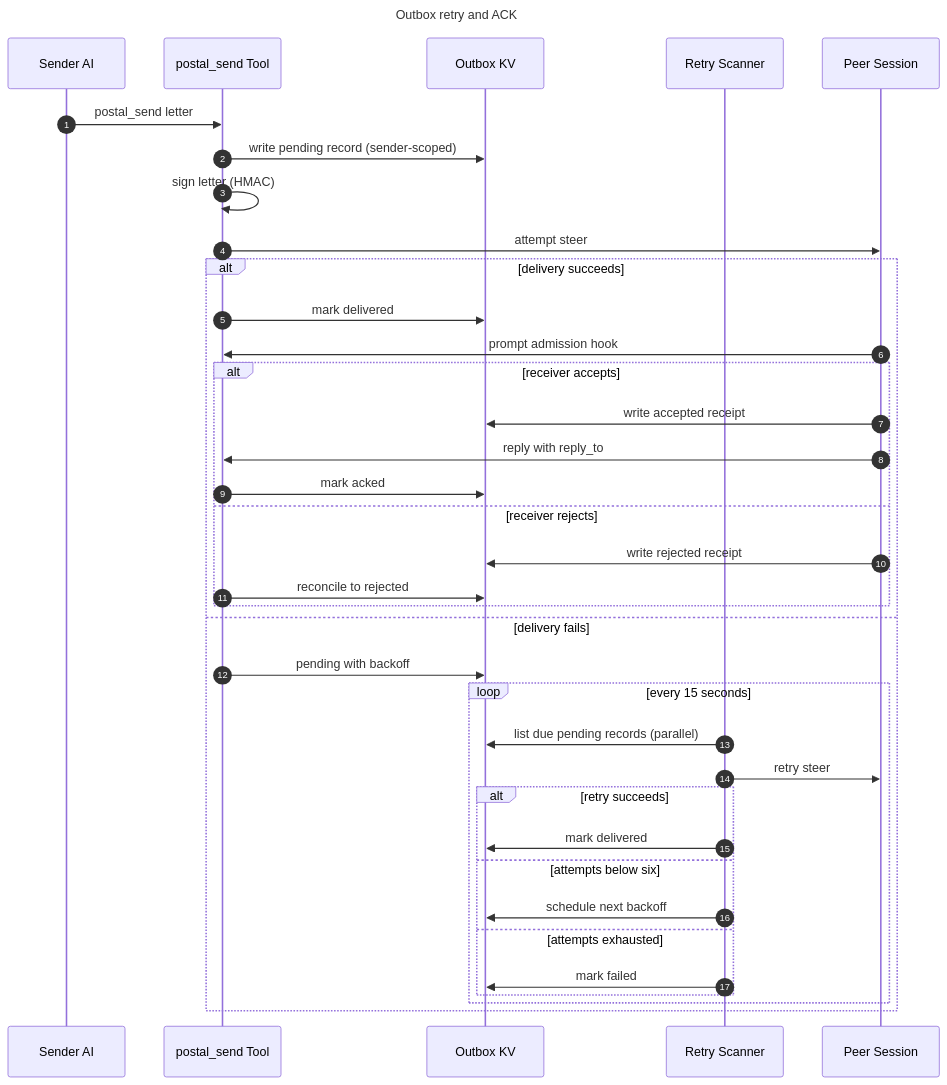
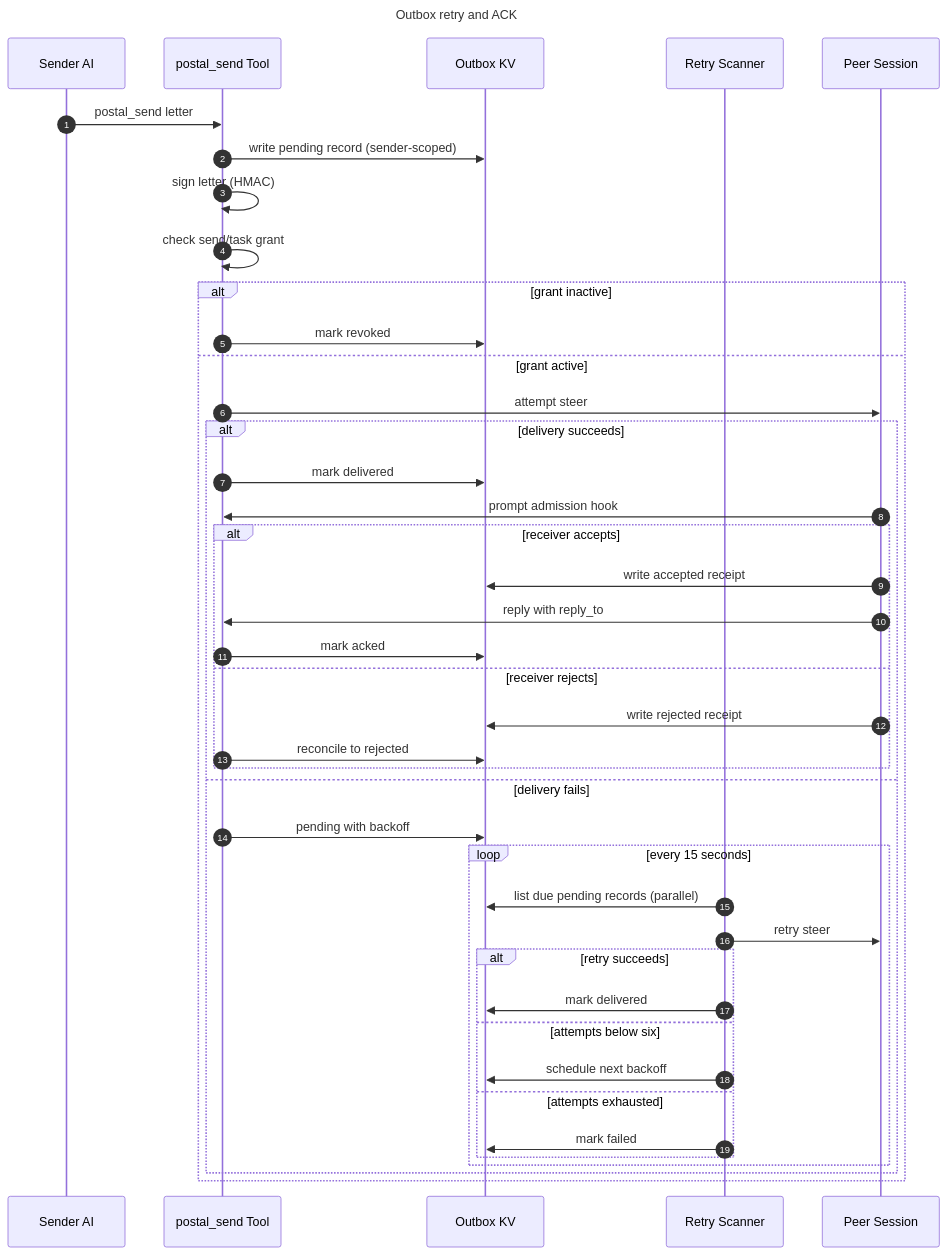
The diagram in .uigraph/diagrams/outbox-retry-ack/outbox-retry-ack.mmd (mizuirorivi/postal), drawn with Mermaid before and after one commit. The commit also changed 4 other files, not shown here.

```diff
--- a/.uigraph/diagrams/outbox-retry-ack/outbox-retry-ack.mmd
+++ b/.uigraph/diagrams/outbox-retry-ack/outbox-retry-ack.mmd
@@ -1,38 +1,43 @@
 sequenceDiagram
   autonumber
   title: Outbox retry and ACK
   participant A as Sender AI
   participant T as postal_send Tool
   participant K as Outbox KV
   participant R as Retry Scanner
   participant B as Peer Session
 
   A->>T: postal_send letter
   T->>K: write pending record (sender-scoped)
   T->>T: sign letter (HMAC)
-  T->>B: attempt steer
+  T->>T: check send/task grant
+  alt grant inactive
+    T->>K: mark revoked
+  else grant active
+    T->>B: attempt steer
   alt delivery succeeds
     T->>K: mark delivered
     B->>T: prompt admission hook
     alt receiver accepts
       B->>K: write accepted receipt
       B->>T: reply with reply_to
       T->>K: mark acked
     else receiver rejects
       B->>K: write rejected receipt
       T->>K: reconcile to rejected
     end
   else delivery fails
     T->>K: pending with backoff
     loop every 15 seconds
       R->>K: list due pending records (parallel)
       R->>B: retry steer
       alt retry succeeds
         R->>K: mark delivered
       else attempts below six
         R->>K: schedule next backoff
       else attempts exhausted
         R->>K: mark failed
       end
     end
   end
+  end
```
